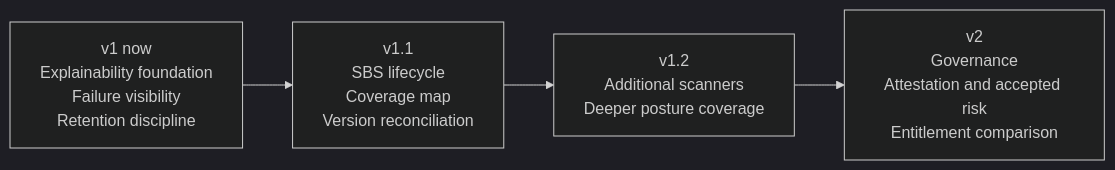
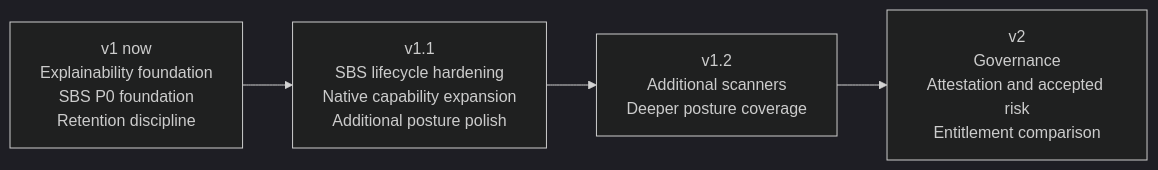
Before and after one commit to luca-pacini/sf-security-observatory: the diagram in ROADMAP.md, drawn with Mermaid (dark theme). The commit also changed other lines of this file, not shown here.

Commit message:
docs: restore SBS as v1 priority

````diff
--- a/ROADMAP.md
+++ b/ROADMAP.md
@@ -15,8 +15,8 @@
 ```mermaid
 flowchart LR
-  v1["v1 now<br/>Explainability foundation<br/>Failure visibility<br/>Retention discipline"]
-  v11["v1.1<br/>SBS lifecycle<br/>Coverage map<br/>Version reconciliation"]
+  v1["v1 now<br/>Explainability foundation<br/>SBS P0 foundation<br/>Retention discipline"]
+  v11["v1.1<br/>SBS lifecycle hardening<br/>Native capability expansion<br/>Additional posture polish"]
   v12["v1.2<br/>Additional scanners<br/>Deeper posture coverage"]
   v2["v2<br/>Governance<br/>Attestation and accepted risk<br/>Entitlement comparison"]
   v1 --> v11 --> v12 --> v2
 ```
````
